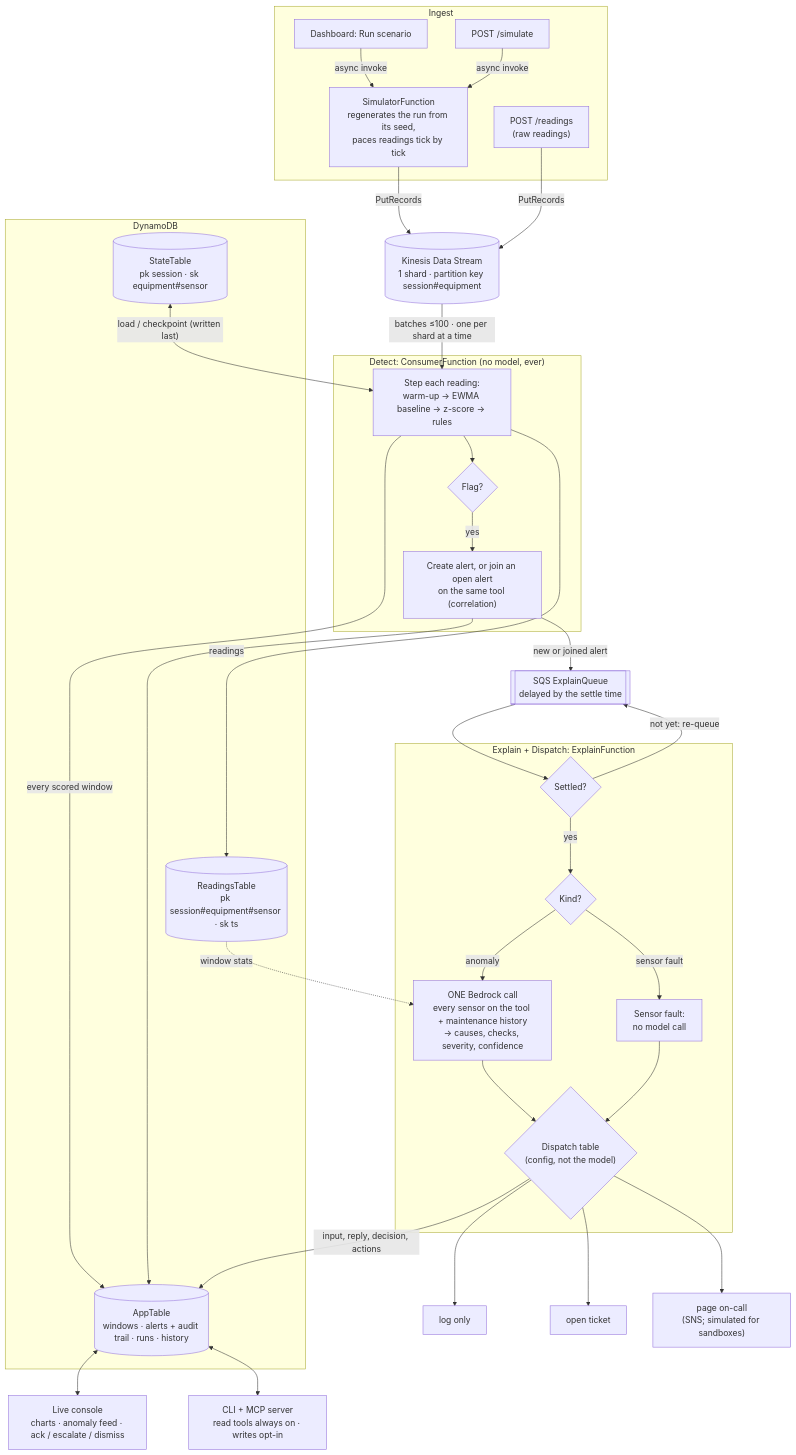
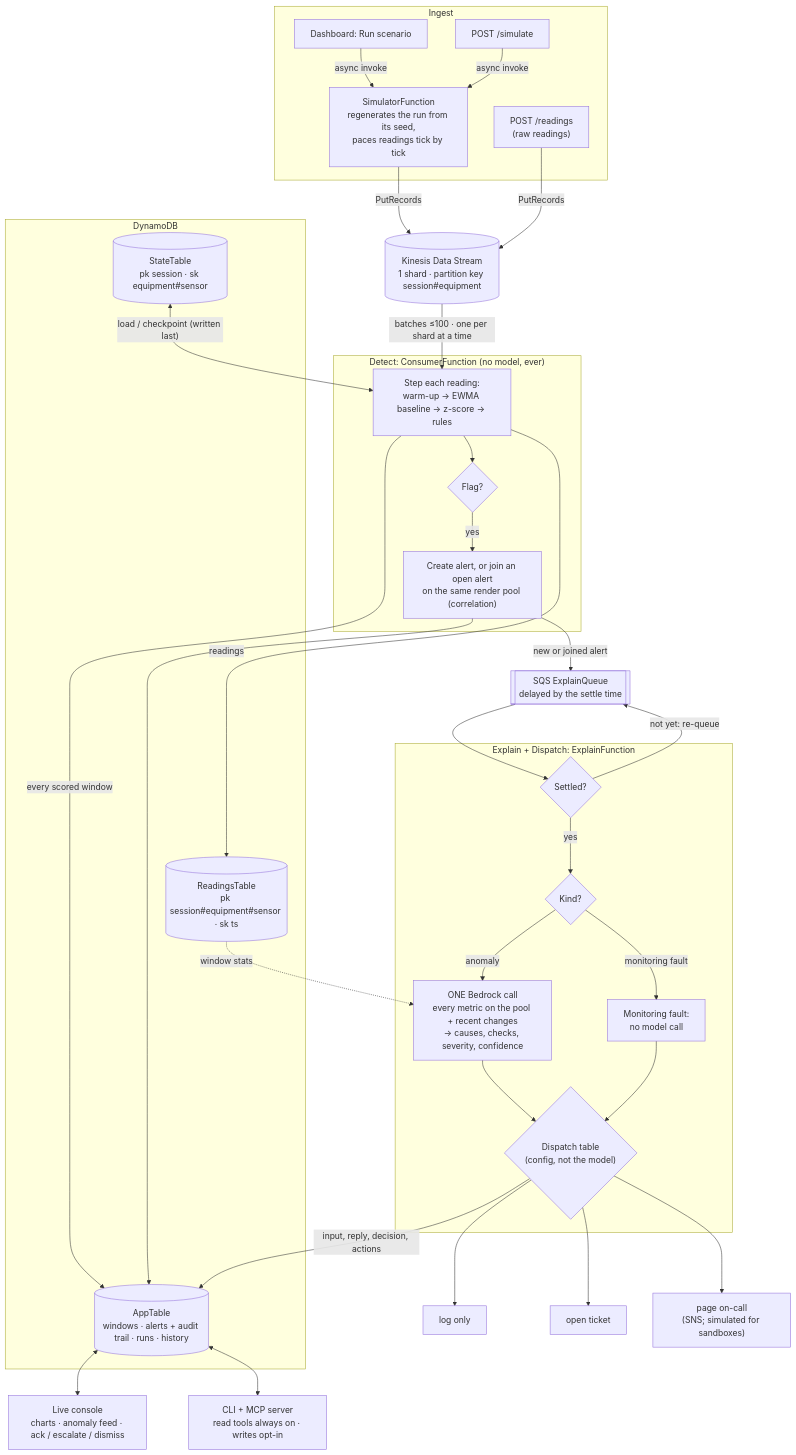
One commit to marianina8/northfen-telemetry-pipeline changed the first of 2 diagrams in NORTHFEN-ARCHITECTURE.md. Above: the diagram before and after it, drawn with Mermaid. The commit also changed other lines of this file and 59 other files, not shown here.

````diff
--- a/NORTHFEN-ARCHITECTURE.md
+++ b/NORTHFEN-ARCHITECTURE.md
@@ -15,67 +19,67 @@
 ```mermaid
 flowchart TB
     subgraph IN["Ingest"]
         DASHRUN["Dashboard: Run scenario"]
         WHSIM["POST /simulate"]
         WHRAW["POST /readings<br/>(raw readings)"]
         SIM["SimulatorFunction<br/>regenerates the run from its seed,<br/>paces readings tick by tick"]
     end
 
     KIN[("Kinesis Data Stream<br/>1 shard · partition key session#35;equipment")]
 
     subgraph DETECT["Detect: ConsumerFunction (no model, ever)"]
         STEP["Step each reading:<br/>warm-up → EWMA baseline → z-score → rules"]
         GROUP{"Flag?"}
-        JOIN["Create alert, or join an open alert<br/>on the same tool (correlation)"]
+        JOIN["Create alert, or join an open alert<br/>on the same render pool (correlation)"]
     end
 
     subgraph STORE["DynamoDB"]
         READ[("ReadingsTable<br/>pk session#35;equipment#35;sensor · sk ts")]
         STATE[("StateTable<br/>pk session · sk equipment#35;sensor")]
         APP[("AppTable<br/>windows · alerts + audit trail · runs · history")]
     end
 
     Q[["SQS ExplainQueue<br/>delayed by the settle time"]]
 
     subgraph EXPLAIN["Explain + Dispatch: ExplainFunction"]
         DUE{"Settled?"}
         KIND{"Kind?"}
-        BR["ONE Bedrock call<br/>every sensor on the tool + maintenance history<br/>→ causes, checks, severity, confidence"]
-        SKIP["Sensor fault:<br/>no model call"]
+        BR["ONE Bedrock call<br/>every metric on the pool + recent changes<br/>→ causes, checks, severity, confidence"]
+        SKIP["Monitoring fault:<br/>no model call"]
         TABLE{"Dispatch table<br/>(config, not the model)"}
     end
 
     LOG["log only"]
     TKT["open ticket"]
     PAGE["page on-call<br/>(SNS; simulated for sandboxes)"]
 
     UI["Live console<br/>charts · anomaly feed · ack / escalate / dismiss"]
     CLI["CLI + MCP server<br/>read tools always on · writes opt-in"]
 
     DASHRUN -- async invoke --> SIM
     WHSIM -- async invoke --> SIM
     SIM -- PutRecords --> KIN
     WHRAW -- PutRecords --> KIN
     KIN -- "batches ≤100 · one per shard at a time" --> STEP
     STATE <-- "load / checkpoint (written last)" --> STEP
     STEP -- readings --> READ
     STEP -- "every scored window" --> APP
     STEP --> GROUP
     GROUP -- yes --> JOIN
     JOIN --> APP
     JOIN -- "new or joined alert" --> Q
     Q --> DUE
     DUE -- "not yet: re-queue" --> Q
     DUE -- yes --> KIND
     KIND -- anomaly --> BR
-    KIND -- "sensor fault" --> SKIP
+    KIND -- "monitoring fault" --> SKIP
     READ -. window stats .-> BR
     BR --> TABLE
     SKIP --> TABLE
     TABLE --> LOG
     TABLE --> TKT
     TABLE --> PAGE
     TABLE -- "input, reply, decision, actions" --> APP
     APP <--> UI
     APP <--> CLI
 ```
````
